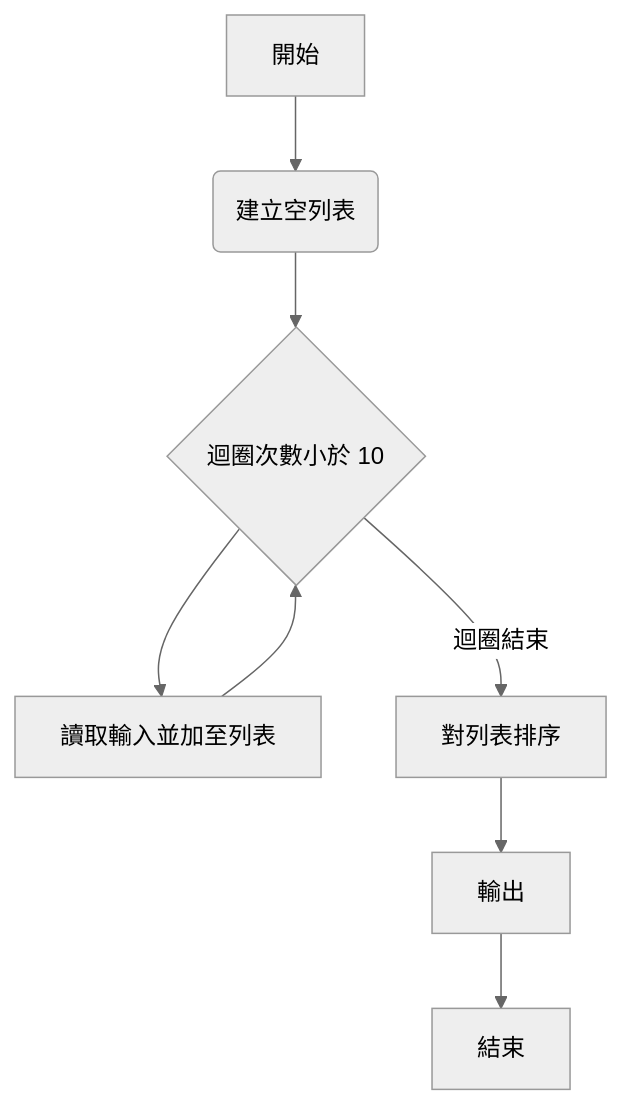
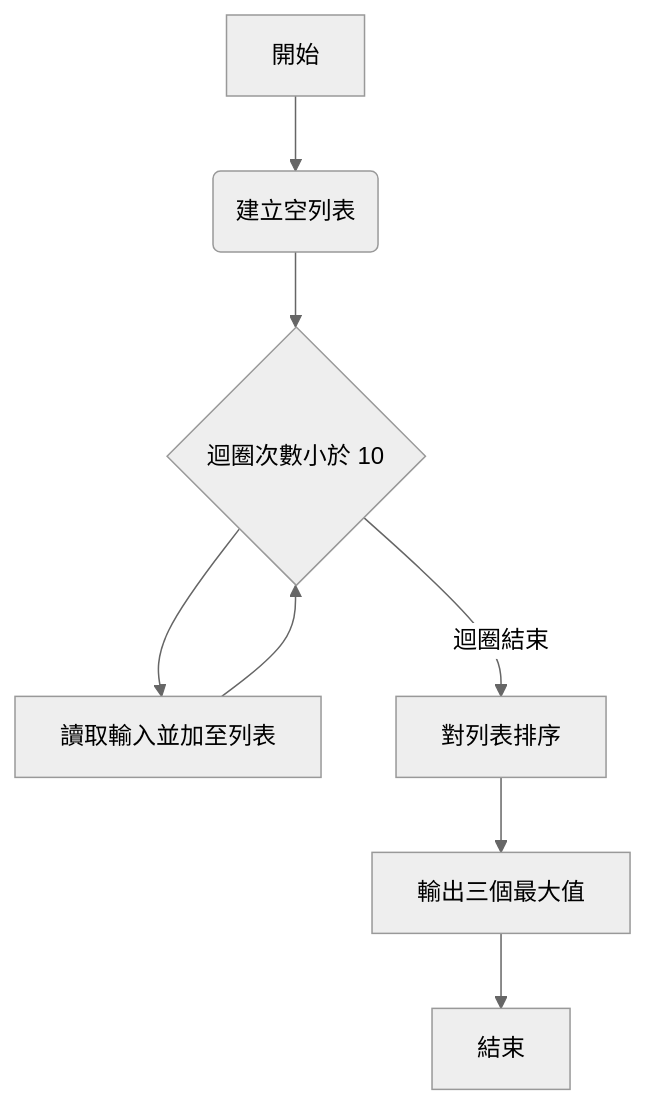
The diagram in 06.md (AhwuIOT/Mermaid_test), drawn with Mermaid (neutral theme) before and after one commit.

````diff
--- a/06.md
+++ b/06.md
@@ -14,10 +14,10 @@
 ``` mermaid
 graph TD 
 	A[開始] -->B(建立空列表) 
 	B --> C{迴圈次數小於 10} 
 	C --> D[讀取輸入並加至列表] 
 	D --> C 
 	C -- 迴圈結束 --> E[對列表排序] 
-	E --> F[輸出] 
+	E --> F[輸出三個最大值] 
 	F --> G[結束]
 ```
````
